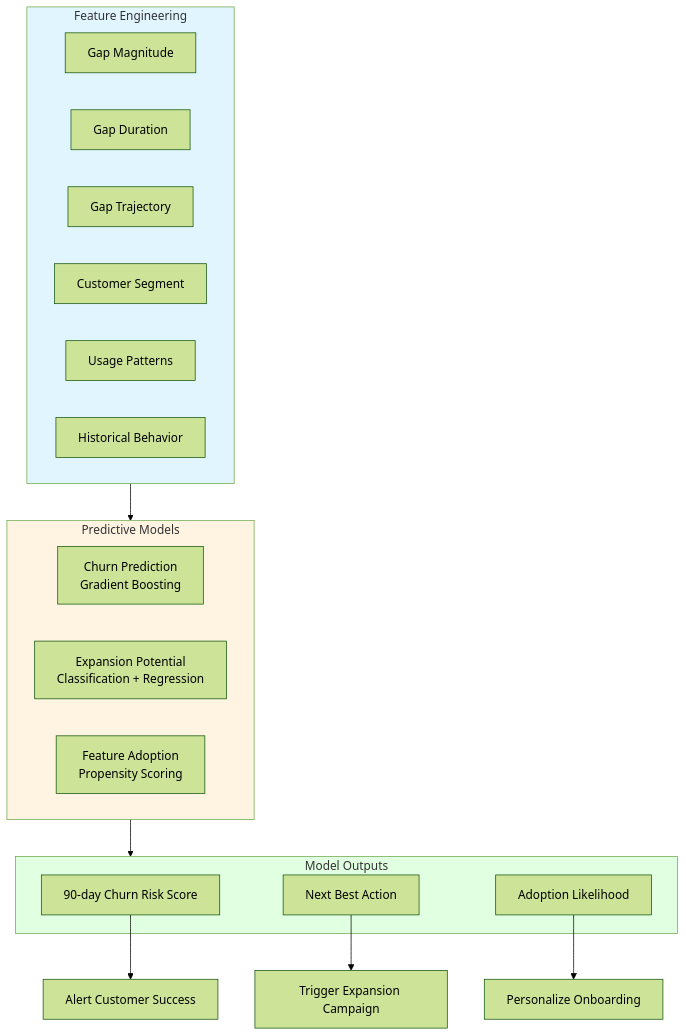
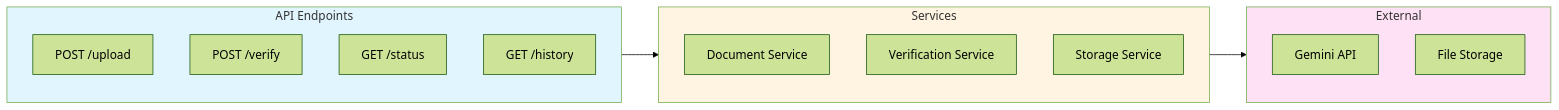
The eighth of 20 diagrams in docs/01_conceptual_framework.md (Krish-Om/contradiction-detection-system), drawn with Mermaid (forest theme) before and after one commit. The commit also changed other lines of this file and 5 other files, not shown here.

````diff
--- a/docs/01_conceptual_framework.md
+++ b/docs/01_conceptual_framework.md
@@ -249,34 +266,26 @@
 ```mermaid
-graph TB
-    subgraph Features["Feature Engineering"]
-        F1[Gap Magnitude]
-        F2[Gap Duration]
-        F3[Gap Trajectory]
-        F4[Customer Segment]
-        F5[Usage Patterns]
-        F6[Historical Behavior]
+flowchart LR
+    subgraph Endpoints["API Endpoints"]
+        E1[POST /upload]
+        E2[POST /verify]
+        E3[GET /status]
+        E4[GET /history]
     end
-    
-    subgraph Models["Predictive Models"]
-        M1[Churn Prediction<br/>Gradient Boosting]
-        M2[Expansion Potential<br/>Classification + Regression]
-        M3[Feature Adoption<br/>Propensity Scoring]
+
+    subgraph Services["Services"]
+        S1[Document Service]
+        S2[Verification Service]
+        S3[Storage Service]
     end
-    
-    subgraph Outputs["Model Outputs"]
-        O1[90-day Churn Risk Score]
-        O2[Next Best Action]
-        O3[Adoption Likelihood]
+
+    subgraph External["External"]
+        X1[Gemini API]
+        X2[File Storage]
     end
-    
-    Features --> Models
-    Models --> Outputs
-    
-    O1 --> R1[Alert Customer Success]
-    O2 --> R2[Trigger Expansion Campaign]
-    O3 --> R3[Personalize Onboarding]
-    
-    style Features fill:#e1f5ff
-    style Models fill:#fff4e1
-    style Outputs fill:#e1ffe1
+
+    Endpoints --> Services --> External
+
+    style Endpoints fill:#e1f5ff
+    style Services fill:#fff4e1
+    style External fill:#ffe1f5
 ```
````
